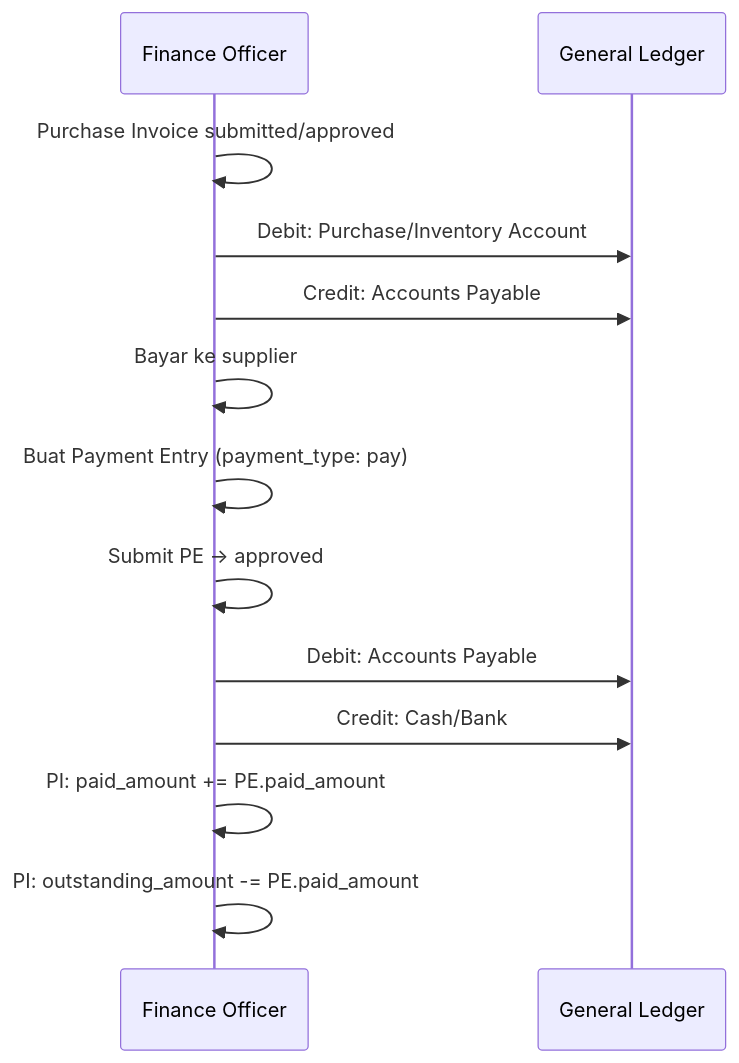
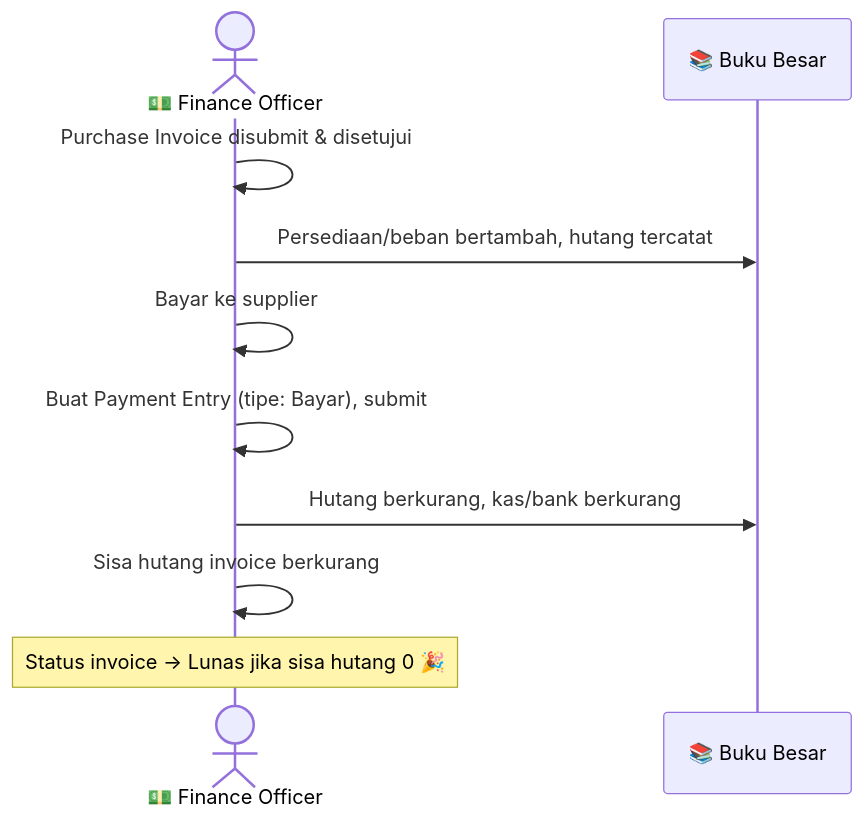
The fourth of 4 diagrams in docs/modules/finances.md (RimbunCode/erp_pataya), drawn with Mermaid before and after one commit. The commit also changed other lines of this file and 14 other files, not shown here.

````diff
--- a/docs/modules/finances.md
+++ b/docs/modules/finances.md
@@ -414,16 +316,13 @@
 ```mermaid
 sequenceDiagram
-    participant F as Finance Officer
-    participant GL as General Ledger
+    actor F as 💵 Finance Officer
+    participant GL as 📚 Buku Besar
 
-    F->>F: Purchase Invoice submitted/approved
-    F->>GL: Debit: Purchase/Inventory Account
-    F->>GL: Credit: Accounts Payable
+    F->>F: Purchase Invoice disubmit & disetujui
+    F->>GL: Persediaan/beban bertambah, hutang tercatat
     F->>F: Bayar ke supplier
-    F->>F: Buat Payment Entry (payment_type: pay)
-    F->>F: Submit PE → approved
-    F->>GL: Debit: Accounts Payable
-    F->>GL: Credit: Cash/Bank
-    F->>F: PI: paid_amount += PE.paid_amount
-    F->>F: PI: outstanding_amount -= PE.paid_amount
+    F->>F: Buat Payment Entry (tipe: Bayar), submit
+    F->>GL: Hutang berkurang, kas/bank berkurang
+    F->>F: Sisa hutang invoice berkurang
+    Note over F: Status invoice → Lunas jika sisa hutang 0 🎉
 ```
````
